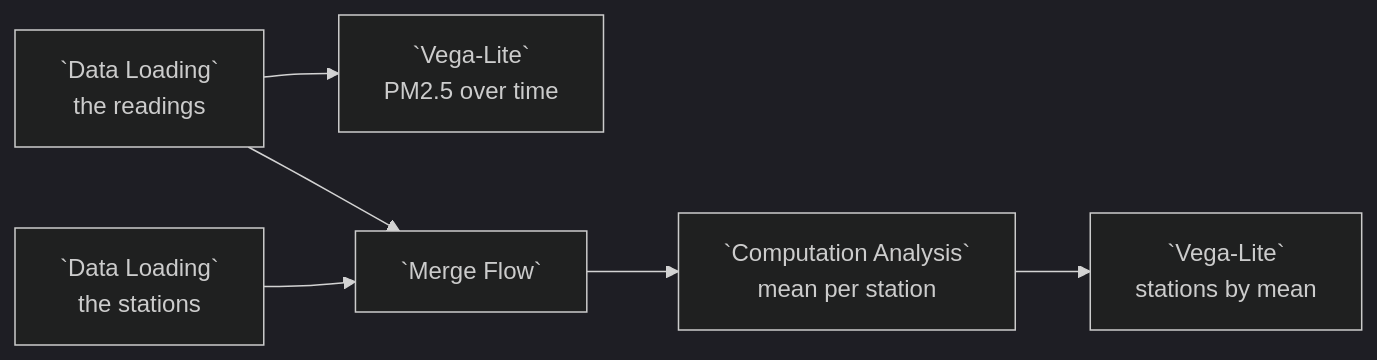
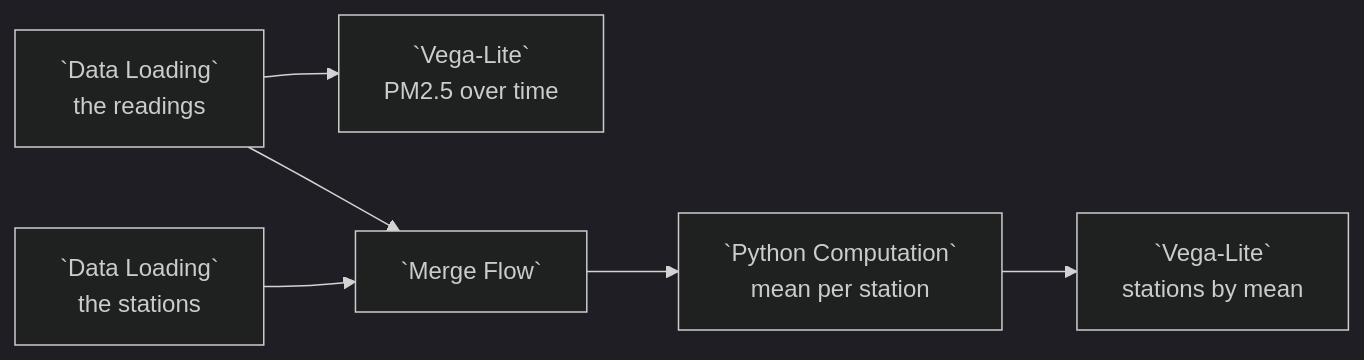
The diagram in docs/examples/19-storage-folder-of-csv-files.md (urban-toolkit/curio), drawn with Mermaid (dark theme) before and after one commit. The commit also changed other lines of this file and 18 other files, not shown here.

````diff
--- a/docs/examples/19-storage-folder-of-csv-files.md
+++ b/docs/examples/19-storage-folder-of-csv-files.md
@@ -30,8 +32,8 @@
 ```mermaid
 flowchart LR
   R[`Data Loading`<br/>the readings] --> C[`Vega-Lite`<br/>PM2.5 over time]
   R --> M[`Merge Flow`]
   S[`Data Loading`<br/>the stations] --> M
-  M --> J[`Computation Analysis`<br/>mean per station]
+  M --> J[`Python Computation`<br/>mean per station]
   J --> P[`Vega-Lite`<br/>stations by mean]
 ```
````
